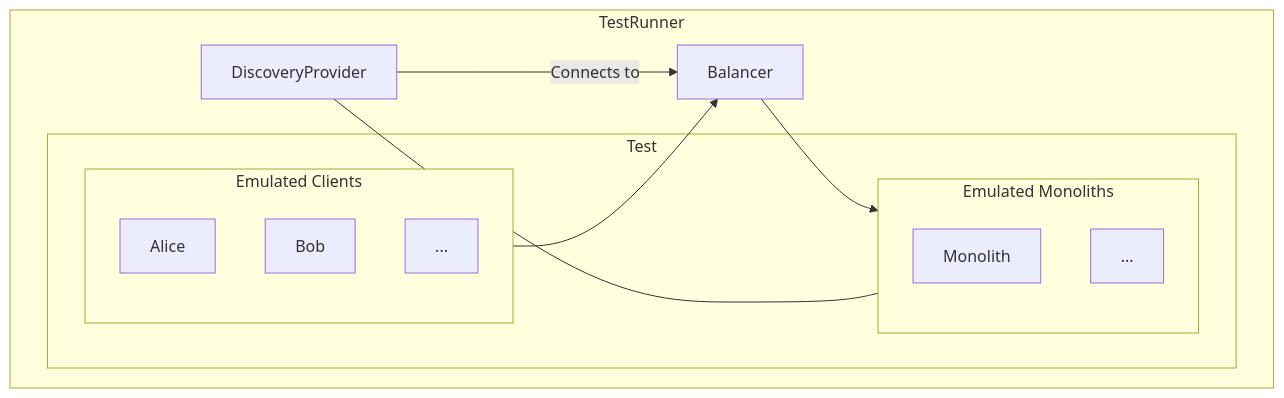
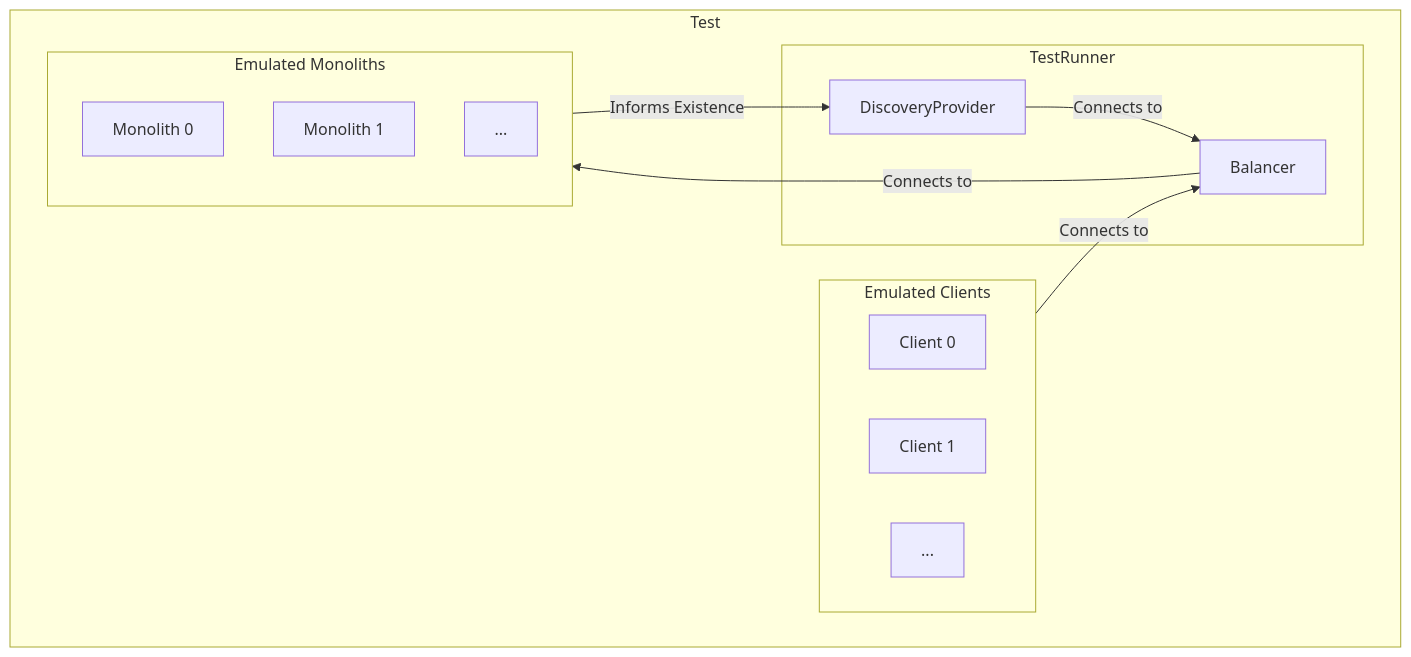
Before and after one commit to dyc3/senior-design: the diagram in figures/harness-test-runner-topology.mmd, drawn with Mermaid. The commit also changed 5 other files, not shown here.

```diff
--- a/figures/harness-test-runner-topology.mmd
+++ b/figures/harness-test-runner-topology.mmd
@@ -1,23 +1,28 @@
 flowchart TD
+    subgraph Test
+
     subgraph TestRunner
-    subgraph Test
+    DiscoveryProvider
+    Balancer
+    DiscoveryProvider -- Connects to --> Balancer
+    end
+
     subgraph Clients[Emulated Clients]
-    direction TB
-    c1[Alice]
-    c2[Bob]
+    direction LR
+    c0[Client 0]
+    c1[Client 1]
     cn[...]
     end
 
     subgraph Monoliths[Emulated Monoliths]
     direction TB
-    m1[Monolith]
+    m0[Monolith 0]
+    m1[Monolith 1]
     mn[...]
     end
+
+    Balancer -- Connects to --> Monoliths
+    Clients -- Connects to --> Balancer
+
+    Monoliths -- Informs Existence --> DiscoveryProvider
     end
-
-    Balancer --> Monoliths
-    Clients --> Balancer
-
-    DiscoveryProvider --- Monoliths
-    DiscoveryProvider -- Connects to --> Balancer
-    end
```
